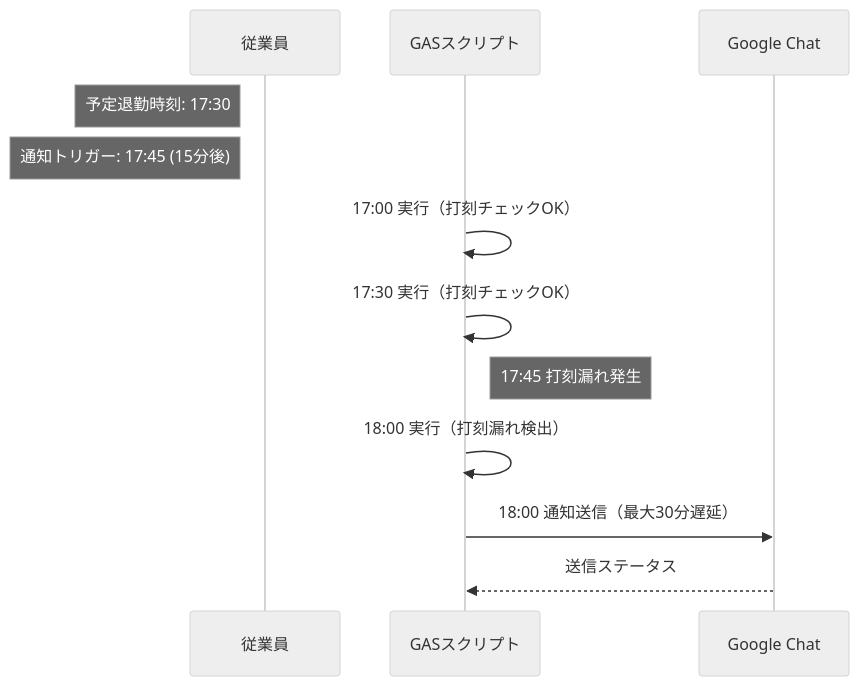
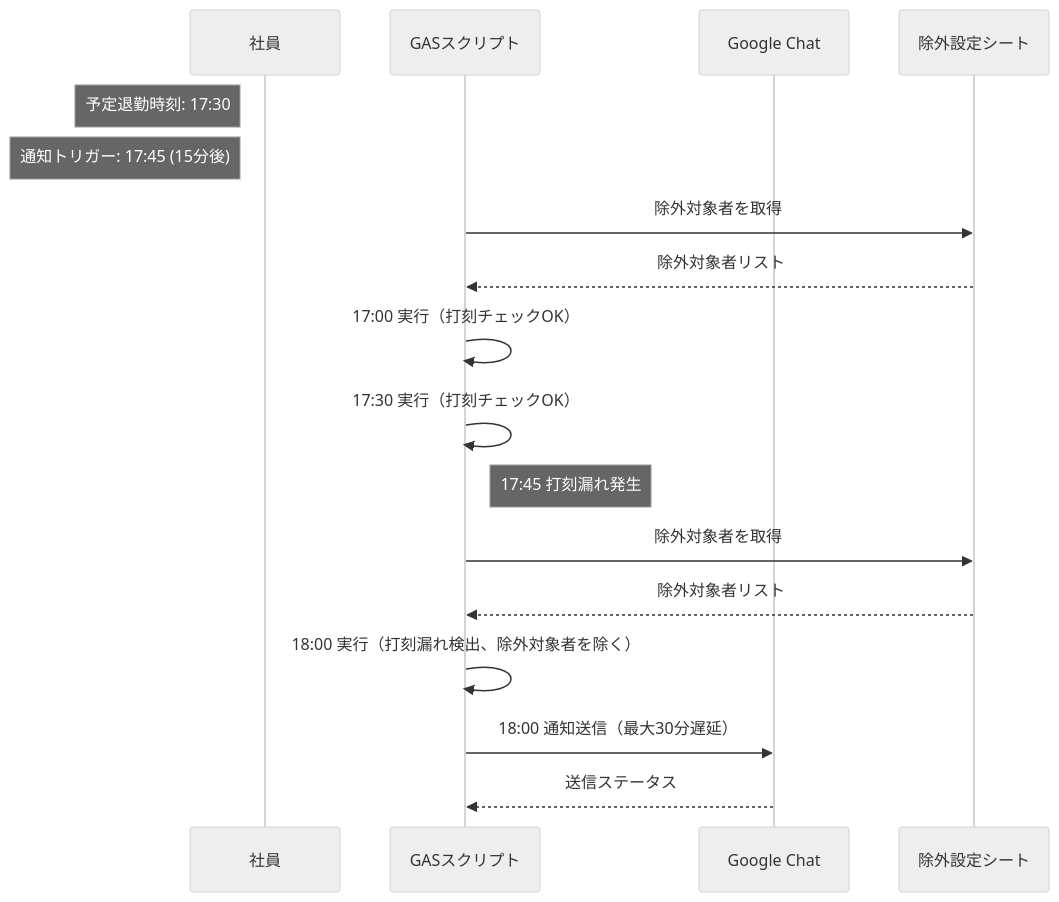
Before and after one commit to takeshiyoshida76-cell/takeshiyoshida76: the third of 3 diagrams in docs/Akashi打刻チェック_基本設計書.md, drawn with Mermaid (neutral theme). The commit also changed other lines of this file, not shown here.

````diff
--- a/docs/Akashi打刻チェック_基本設計書.md
+++ b/docs/Akashi打刻チェック_基本設計書.md
@@ -235,16 +264,21 @@
 ```mermaid
 sequenceDiagram
-    participant User as 従業員
+    participant User as 社員
     participant GAS as GASスクリプト
     participant Chat as Google Chat
+    participant Sheet as 除外設定シート
 
     note left of User: 予定退勤時刻: 17:30
     note left of User: 通知トリガー: 17:45 (15分後)
 
+    GAS->>Sheet: 除外対象者を取得
+    Sheet-->>GAS: 除外対象者リスト
     GAS->>GAS: 17:00 実行（打刻チェックOK）
     GAS->>GAS: 17:30 実行（打刻チェックOK）
     note right of GAS: 17:45 打刻漏れ発生
-    GAS->>GAS: 18:00 実行（打刻漏れ検出）
+    GAS->>Sheet: 除外対象者を取得
+    Sheet-->>GAS: 除外対象者リスト
+    GAS->>GAS: 18:00 実行（打刻漏れ検出、除外対象者を除く）
     GAS->>Chat: 18:00 通知送信（最大30分遅延）
     Chat-->>GAS: 送信ステータス
 ```
````
